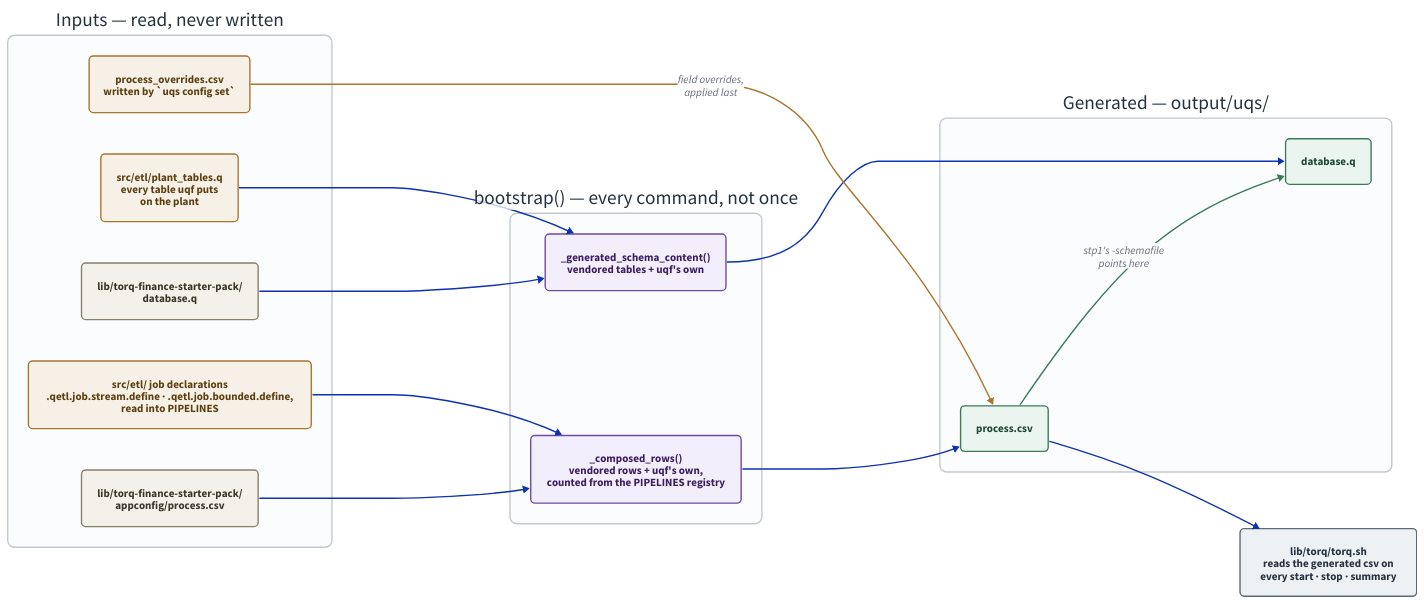
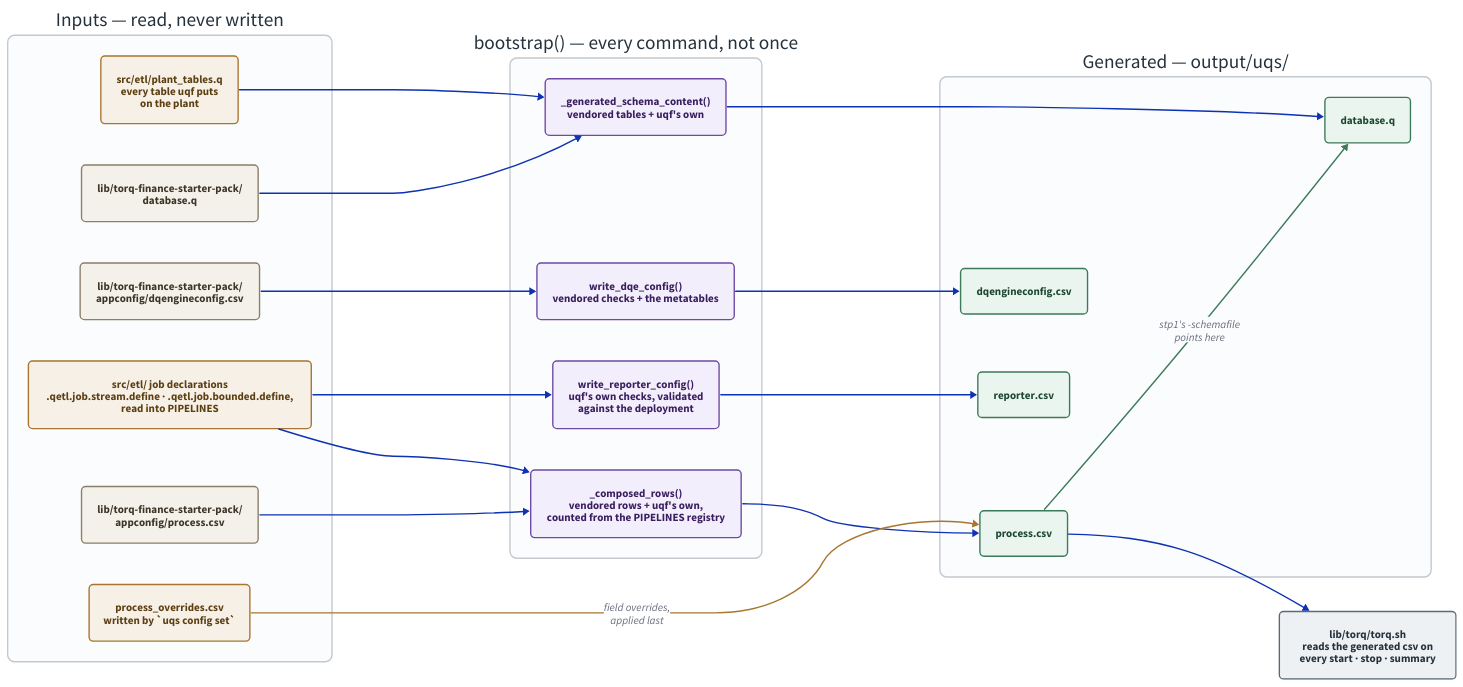
Before and after one commit to kwojdalski/uqf: the diagram in docs/diagrams/config-generation.d2, drawn with D2. The commit also changed 20 other files, not shown here.

First line of the commit message:
Docs: bring the d2 diagrams up to date with the 2026-10-12/13 merges (#1257)

```diff
--- a/docs/diagrams/config-generation.d2
+++ b/docs/diagrams/config-generation.d2
@@ -1,128 +1,137 @@
 # config-generation.d2 - how the vendored TorQ config becomes the config the
 # stack actually runs on.
 #
 # Rendered by scripts/generate/render_diagrams.py, which CI runs with
 # --check. Embedded from docs/architecture/stack.md.
 #
 # THE RULE THIS DRAWS is H-01: the vendored trees are never written to. Read
 # the vendored file fresh, generate an extended copy, point the running
 # process at the copy. An edit to lib/ would work until the next upgrade and
 # then be silently lost, which is the failure the whole arrangement exists
 # to make impossible.
 #
 # The other thing worth seeing is that there is no setup step. bootstrap()
-# regenerates both outputs on EVERY command - start, stop, summary, all of
+# regenerates every output on EVERY command - start, stop, summary, all of
 # them - so the generated files are always a fresh function of the vendored
-# tree plus the three small tracked extension files. Nothing here is a state
+# tree plus the small tracked extension files. Nothing here is a state
 # you can get out of sync; the only way to change the output is to change an
 # input.
 
 direction: right
 
 vars: {
   d2-config: {
     pad: 40
   }
 }
 
 classes: {
   vendored: {
     style: {
       fill: "#f4f1ea"
       stroke: "#8a7f6a"
       font-color: "#3d3527"
       border-radius: 6
     }
   }
   tracked: {
     style: {
       fill: "#f6f0e6"
       stroke: "#a8762f"
       font-color: "#5c3f13"
       border-radius: 6
     }
   }
   step: {
     style: {
       fill: "#f3eefb"
       stroke: "#6f4aa5"
       font-color: "#3a1e5f"
       border-radius: 6
     }
   }
   generated: {
     style: {
       fill: "#eaf5ef"
       stroke: "#3d7a5a"
       font-color: "#1d4733"
       border-radius: 6
     }
   }
   consumer: {
     style: {
       fill: "#eef1f4"
       stroke: "#5a6a78"
       font-color: "#25323d"
       border-radius: 6
     }
   }
 }
 
 inputs: "Inputs — read, never written" {
   style: {
     fill: "#fbfcfd"
     stroke: "#c3c9cf"
     stroke-width: 2
     border-radius: 10
     font-color: "#25323d"
   }
 
   # Declared in the order they are consumed - the process.csv inputs, then
   # the database.q ones - so dagre keeps each group near the step it feeds.
   vendored_csv: "lib/torq-finance-starter-pack/\nappconfig/process.csv" { class: vendored }
   declarations: "src/etl/ job declarations\n.qetl.job.stream.define · .qetl.job.bounded.define,\nread into PIPELINES" { class: tracked }
   overrides: "process_overrides.csv\nwritten by `uqs config set`" { class: tracked }
   vendored_schema: "lib/torq-finance-starter-pack/\ndatabase.q" { class: vendored }
+  vendored_dqe: "lib/torq-finance-starter-pack/\nappconfig/dqengineconfig.csv" { class: vendored }
   tables: "src/etl/plant_tables.q\nevery table uqf puts\non the plant" { class: tracked }
 }
 
 bootstrap: "bootstrap() — every command, not once" {
   style: {
     fill: "#fbfcfd"
     stroke: "#c3c9cf"
     stroke-width: 2
     border-radius: 10
     font-color: "#25323d"
   }
 
   rows: "_composed_rows()\nvendored rows + uqf's own,\ncounted from the PIPELINES registry" { class: step }
   schema: "_generated_schema_content()\nvendored tables + uqf's own" { class: step }
+  dqe: "write_dqe_config()\nvendored checks + the metatables" { class: step }
+  reporter: "write_reporter_config()\nuqf's own checks, validated\nagainst the deployment" { class: step }
 }
 
 outputs: "Generated — output/uqs/" {
   style: {
     fill: "#fbfcfd"
     stroke: "#c3c9cf"
     stroke-width: 2
     border-radius: 10
     font-color: "#25323d"
   }
 
   gen_csv: "process.csv" { class: generated }
   gen_schema: "database.q" { class: generated }
 
+  gen_dqe: "dqengineconfig.csv" { class: generated }
+  gen_reporter: "reporter.csv" { class: generated }
   gen_csv -> gen_schema: "stp1's -schemafile\npoints here" { style.stroke: "#3d7a5a" }
 }
 
 torqsh: "lib/torq/torq.sh\nreads the generated csv on\nevery start · stop · summary" { class: consumer }
 
 inputs.vendored_csv -> bootstrap.rows
 inputs.vendored_schema -> bootstrap.schema
 inputs.declarations -> bootstrap.rows
 inputs.tables -> bootstrap.schema
+inputs.vendored_dqe -> bootstrap.dqe
+inputs.declarations -> bootstrap.reporter
 
 bootstrap.rows -> outputs.gen_csv
 bootstrap.schema -> outputs.gen_schema
+bootstrap.dqe -> outputs.gen_dqe
+bootstrap.reporter -> outputs.gen_reporter
 inputs.overrides -> outputs.gen_csv: "field overrides,\napplied last" { style.stroke: "#a8762f" }
 
 outputs.gen_csv -> torqsh
```
